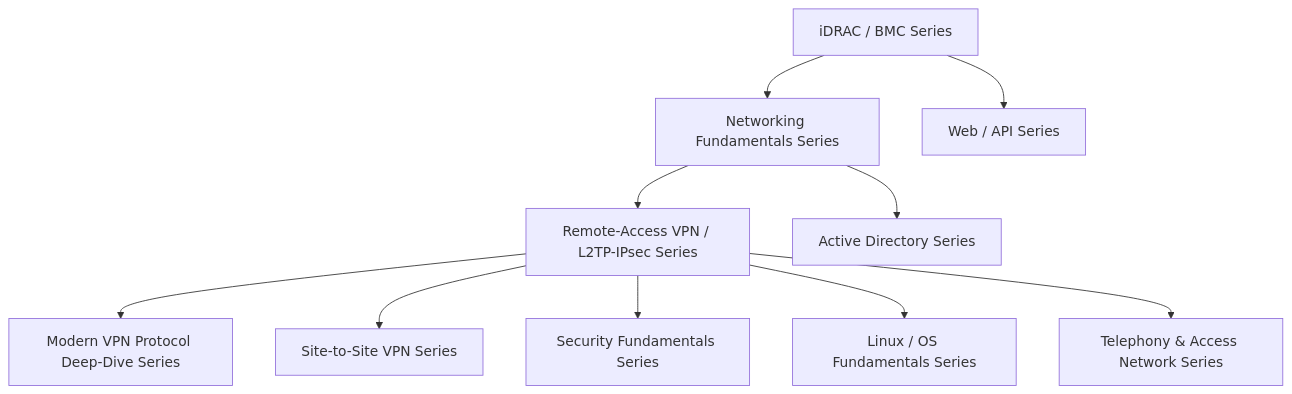
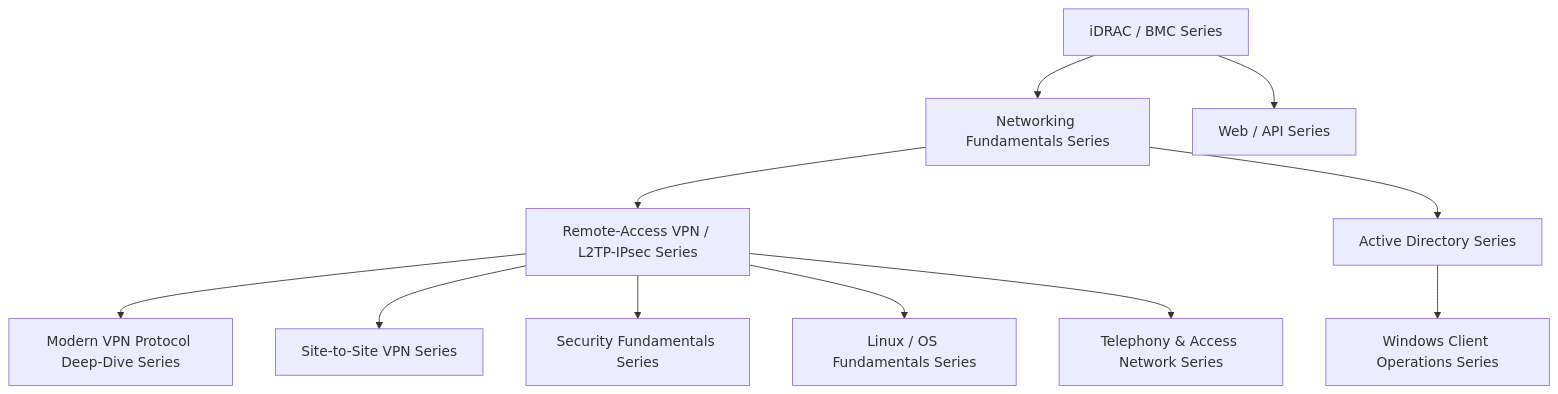
The diagram in src/pages/en/sitemap.md (koikoi1998/koikoi-blog-20260723), drawn with Mermaid before and after one commit. The commit also changed other lines of this file and 7 other files, not shown here.

````diff
--- a/src/pages/en/sitemap.md
+++ b/src/pages/en/sitemap.md
@@ -22,23 +22,25 @@
 ```mermaid
 graph TB
     Idrac["iDRAC / BMC Series"]
     Network["Networking Fundamentals Series"]
     Vpn["Remote-Access VPN / L2TP-IPsec Series"]
     ModernVpn["Modern VPN Protocol Deep-Dive Series"]
     SiteToSite["Site-to-Site VPN Series"]
     Security["Security Fundamentals Series"]
     Linux["Linux / OS Fundamentals Series"]
     Telephony["Telephony & Access Network Series"]
     Api["Web / API Series"]
     ActiveDirectory["Active Directory Series"]
+    WindowsClient["Windows Client Operations Series"]
 
     Idrac --> Network
     Idrac --> Api
     Network --> Vpn
     Vpn --> ModernVpn
     Vpn --> SiteToSite
     Vpn --> Security
     Vpn --> Linux
     Vpn --> Telephony
     Network --> ActiveDirectory
+    ActiveDirectory --> WindowsClient
 ```
````
